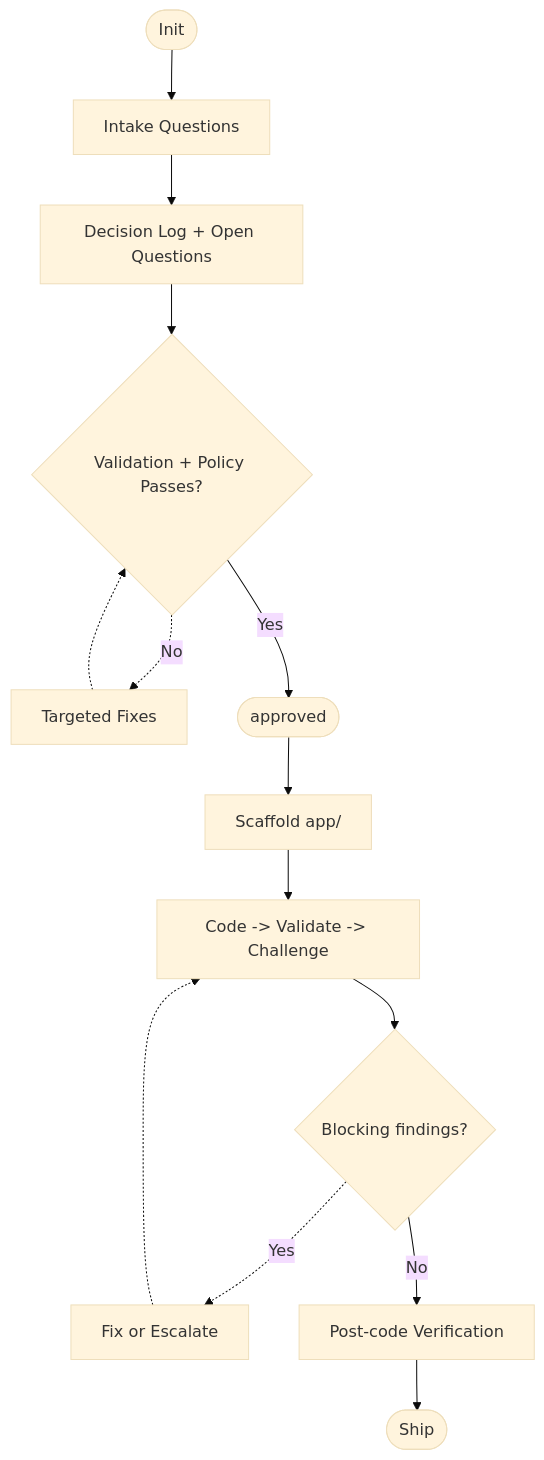
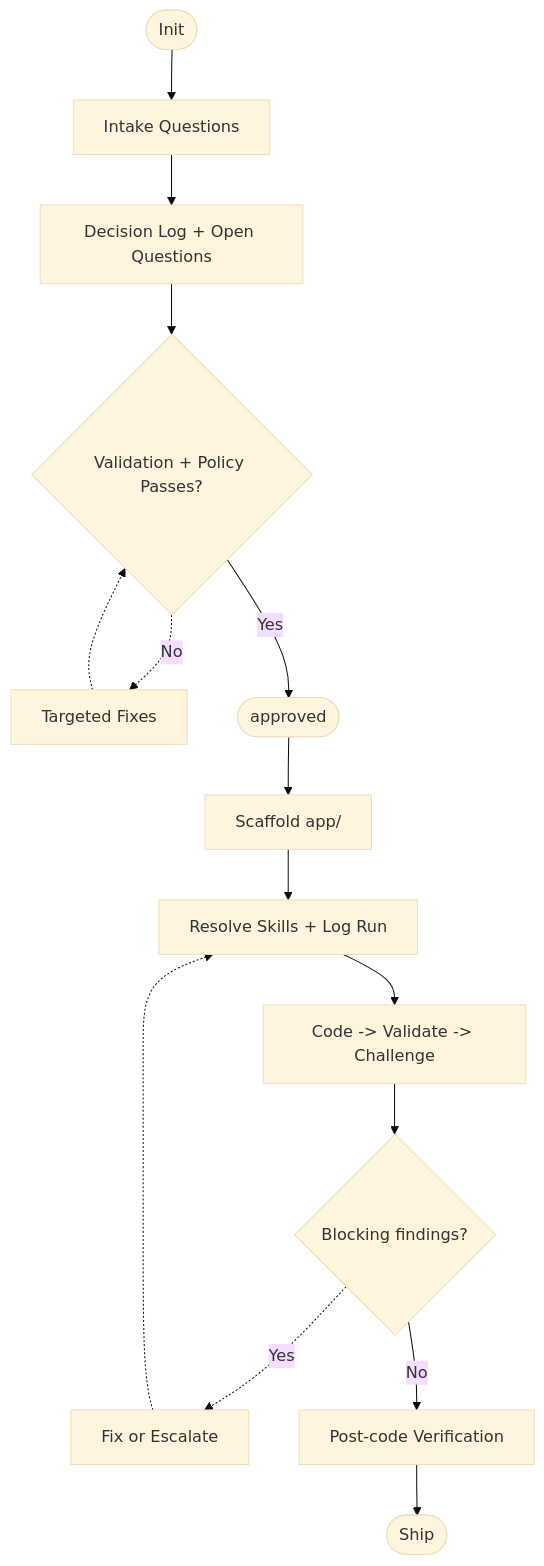
The diagram in README.md (yunusakin/spectra), drawn with Mermaid (base theme) before and after one commit. The commit also changed other lines of this file and 43 other files, not shown here.

Commit message:
feat: add token-efficient intake packs and enforce skill graph gates

````diff
--- a/README.md
+++ b/README.md
@@ -97,16 +120,17 @@
 ```mermaid
 flowchart TD
     Init(["Init"]) --> Intake["Intake Questions"]
     Intake --> Decisions["Decision Log + Open Questions"]
     Decisions --> Validate{"Validation + Policy Passes?"}
     Validate -.->|No| Fix["Targeted Fixes"]
     Fix -.-> Validate
     Validate -->|Yes| Approved(["approved"])
     Approved --> Scaffold["Scaffold app/"]
-    Scaffold --> RoleLoop["Code -> Validate -> Challenge"]
+    Scaffold --> SkillLoop["Resolve Skills + Log Run"]
+    SkillLoop --> RoleLoop["Code -> Validate -> Challenge"]
     RoleLoop --> Gate{"Blocking findings?"}
     Gate -.->|Yes| Iterate["Fix or Escalate"]
-    Iterate -.-> RoleLoop
+    Iterate -.-> SkillLoop
     Gate -->|No| Verify["Post-code Verification"]
     Verify --> Ship(["Ship"])
 ```
````
